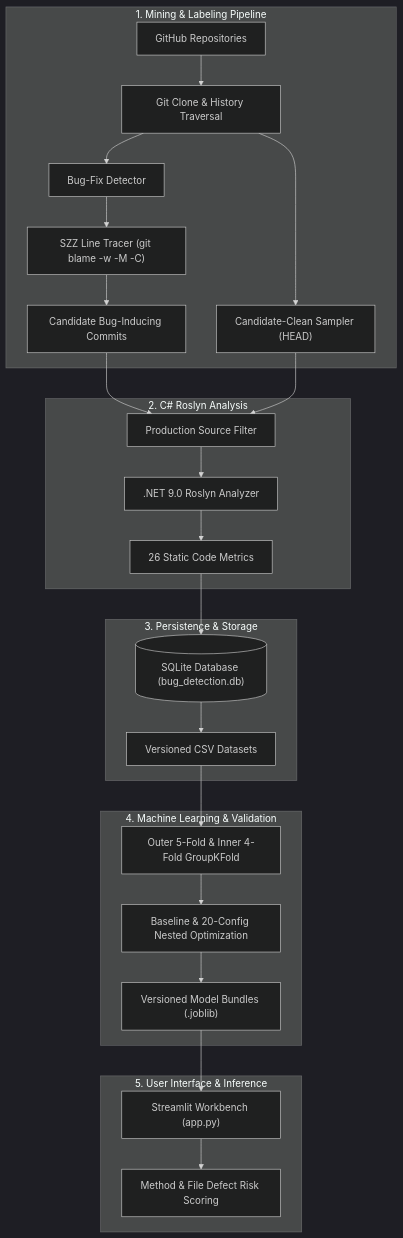
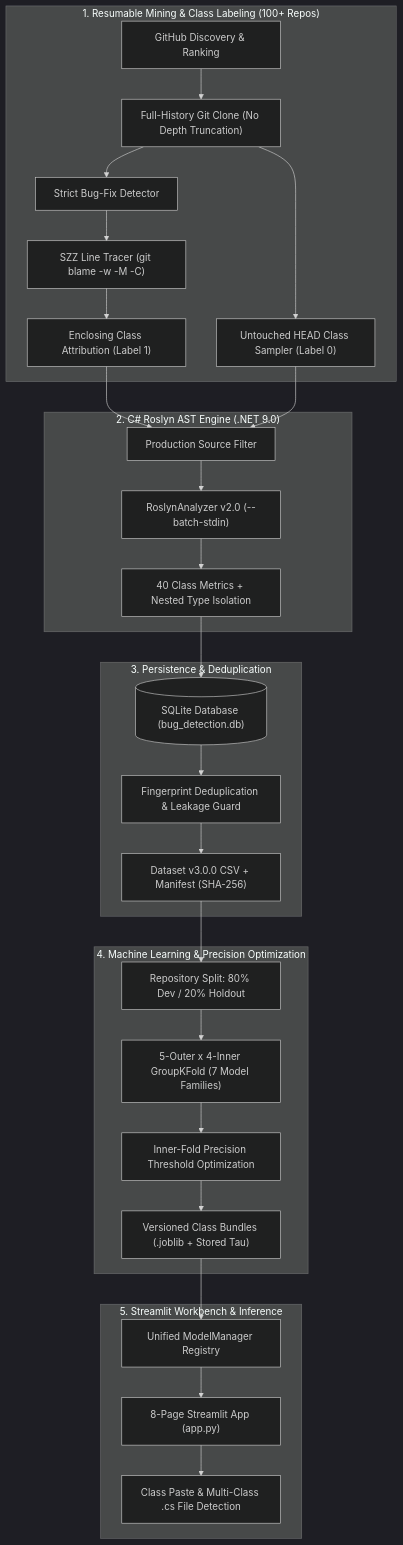
The diagram in Year2_Semester1_ComputationalIntelligenceSoftwareEngineering/CISE_Project2/5_Documentation/01_Architecture/SYSTEM_ARCHITECTURE.md (BogdanCTU/Applied-Computational-Intelligence-UBB), drawn with Mermaid (dark theme) before and after one commit. The commit also changed other lines of this file and 92 other files, not shown here.

Commit message:
Major: Improving CISE Project 2 from prediction to bug detection on C# code

````diff
--- a/Year2_Semester1_ComputationalIntelligenceSoftwareEngineering/CISE_Project2/5_Documentation/01_Architecture/SYSTEM_ARCHITECTURE.md
+++ b/Year2_Semester1_ComputationalIntelligenceSoftwareEngineering/CISE_Project2/5_Documentation/01_Architecture/SYSTEM_ARCHITECTURE.md
@@ -14,33 +16,36 @@
 ```mermaid
 flowchart TD
-    subgraph Mining["1. Mining & Labeling Pipeline"]
-        GH["GitHub Repositories"] --> GitClone["Git Clone & History Traversal"]
-        GitClone --> BF["Bug-Fix Detector"]
+    subgraph Mining["1. Resumable Mining & Class Labeling (100+ Repos)"]
+        GH["GitHub Discovery & Ranking"] --> GitClone["Full-History Git Clone (No Depth Truncation)"]
+        GitClone --> BF["Strict Bug-Fix Detector"]
         BF --> SZZ["SZZ Line Tracer (git blame -w -M -C)"]
-        SZZ --> BIC["Candidate Bug-Inducing Commits"]
-        GitClone --> HEAD["Candidate-Clean Sampler (HEAD)"]
+        SZZ --> Enclosing["Enclosing Class Attribution (Label 1)"]
+        GitClone --> HEAD["Untouched HEAD Class Sampler (Label 0)"]
     end
 
-    subgraph Analysis["2. C# Roslyn Analysis"]
-        BIC --> Filter["Production Source Filter"]
+    subgraph Analysis["2. C# Roslyn AST Engine (.NET 9.0)"]
+        Enclosing --> Filter["Production Source Filter"]
         HEAD --> Filter
-        Filter --> Roslyn[".NET 9.0 Roslyn Analyzer"]
-        Roslyn --> Metrics["26 Static Code Metrics"]
+        Filter --> Roslyn["RoslynAnalyzer v2.0 (--batch-stdin)"]
+        Roslyn --> Metrics["40 Class Metrics + Nested Type Isolation"]
     end
 
-    subgraph DataStore["3. Persistence & Storage"]
+    subgraph DataStore["3. Persistence & Deduplication"]
         Metrics --> SQLite[("SQLite Database (bug_detection.db)")]
-        SQLite --> CSVEval["Versioned CSV Datasets"]
+        SQLite --> Dedup["Fingerprint Deduplication & Leakage Guard"]
+        Dedup --> CSVEval["Dataset v3.0.0 CSV + Manifest (SHA-256)"]
     end
 
-    subgraph ML["4. Machine Learning & Validation"]
-        CSVEval --> GKF["Outer 5-Fold & Inner 4-Fold GroupKFold"]
-        GKF --> Benchmark["Baseline & 20-Config Nested Optimization"]
-        Benchmark --> Models["Versioned Model Bundles (.joblib)"]
+    subgraph ML["4. Machine Learning & Precision Optimization"]
+        CSVEval --> HoldoutSplit["Repository Split: 80% Dev / 20% Holdout"]
+        HoldoutSplit --> GKF["5-Outer x 4-Inner GroupKFold (7 Model Families)"]
+        GKF --> Thresh["Inner-Fold Precision Threshold Optimization"]
+        Thresh --> Models["Versioned Class Bundles (.joblib + Stored Tau)"]
     end
 
-    subgraph App["5. User Interface & Inference"]
-        Models --> UI["Streamlit Workbench (app.py)"]
-        UI --> Realtime["Method & File Defect Risk Scoring"]
+    subgraph App["5. Streamlit Workbench & Inference"]
+        Models --> Registry["Unified ModelManager Registry"]
+        Registry --> UI["8-Page Streamlit App (app.py)"]
+        UI --> ClassFile["Class Paste & Multi-Class .cs File Detection"]
     end
 ```
````
